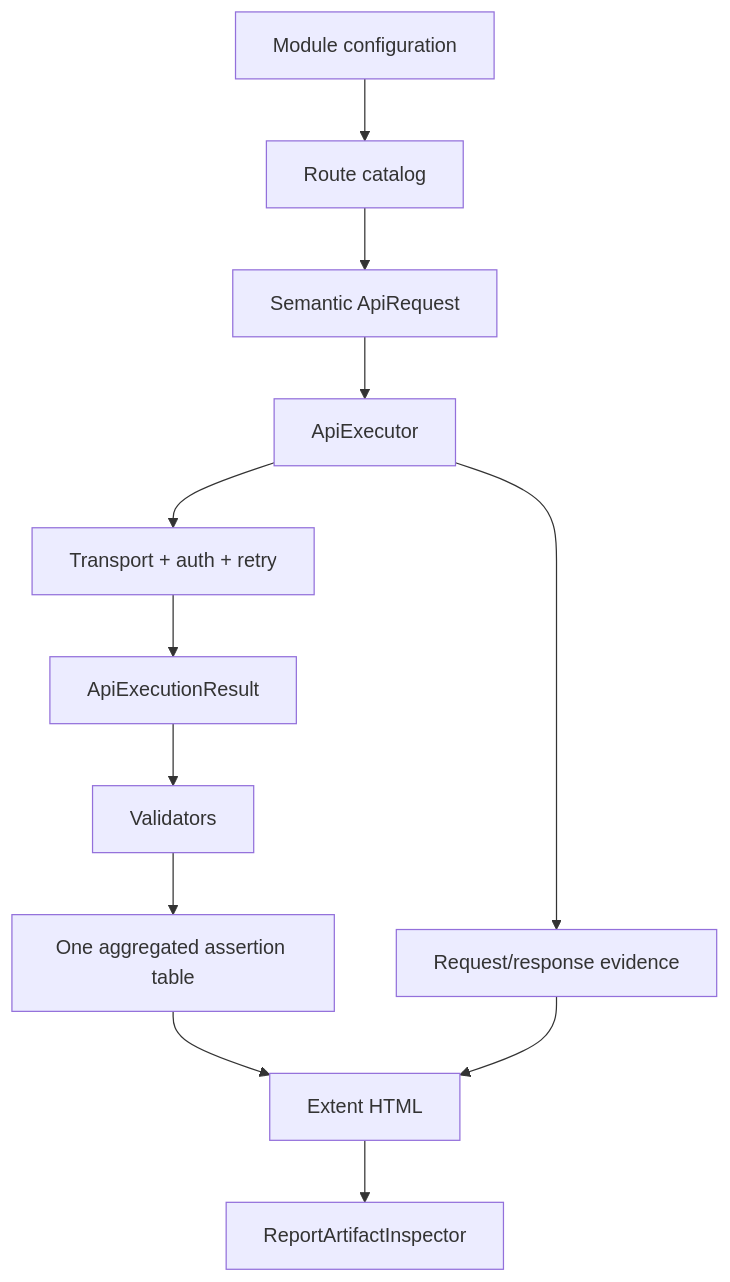
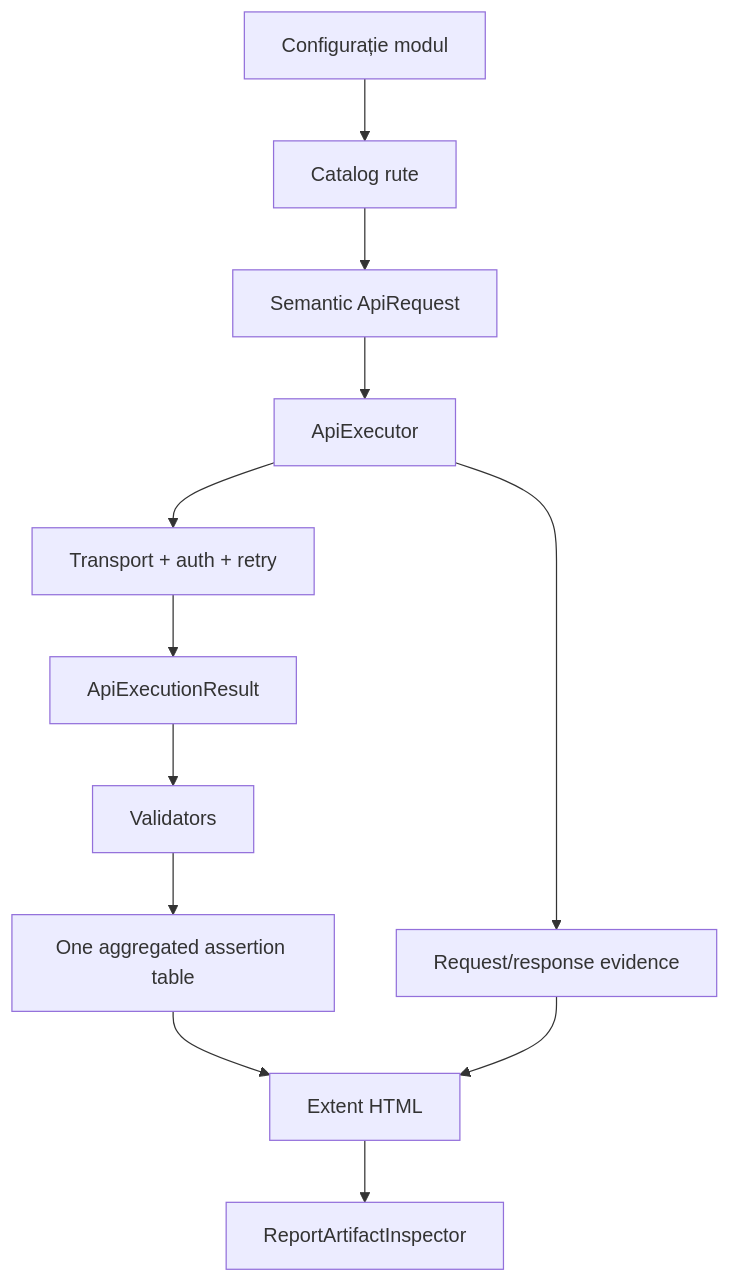
One commit to crististefanita/CS1 changed the second of 4 diagrams in Atf.Tests/README.md. Above: the diagram before and after it, drawn with Mermaid. The commit also changed other lines of this file, not shown here.

````diff
--- a/Atf.Tests/README.md
+++ b/Atf.Tests/README.md
@@ -183,14 +183,14 @@
 ```mermaid
 flowchart TD
-    C[Module configuration] --> R[Route catalog]
+    C[Configurație modul] --> R[Catalog rute]
     R --> Q[Semantic ApiRequest]
     Q --> E[ApiExecutor]
     E --> T[Transport + auth + retry]
     T --> X[ApiExecutionResult]
     X --> V[Validators]
     V --> A[One aggregated assertion table]
     E --> D[Request/response evidence]
     A --> H[Extent HTML]
     D --> H
     H --> I[ReportArtifactInspector]
 ```
````
